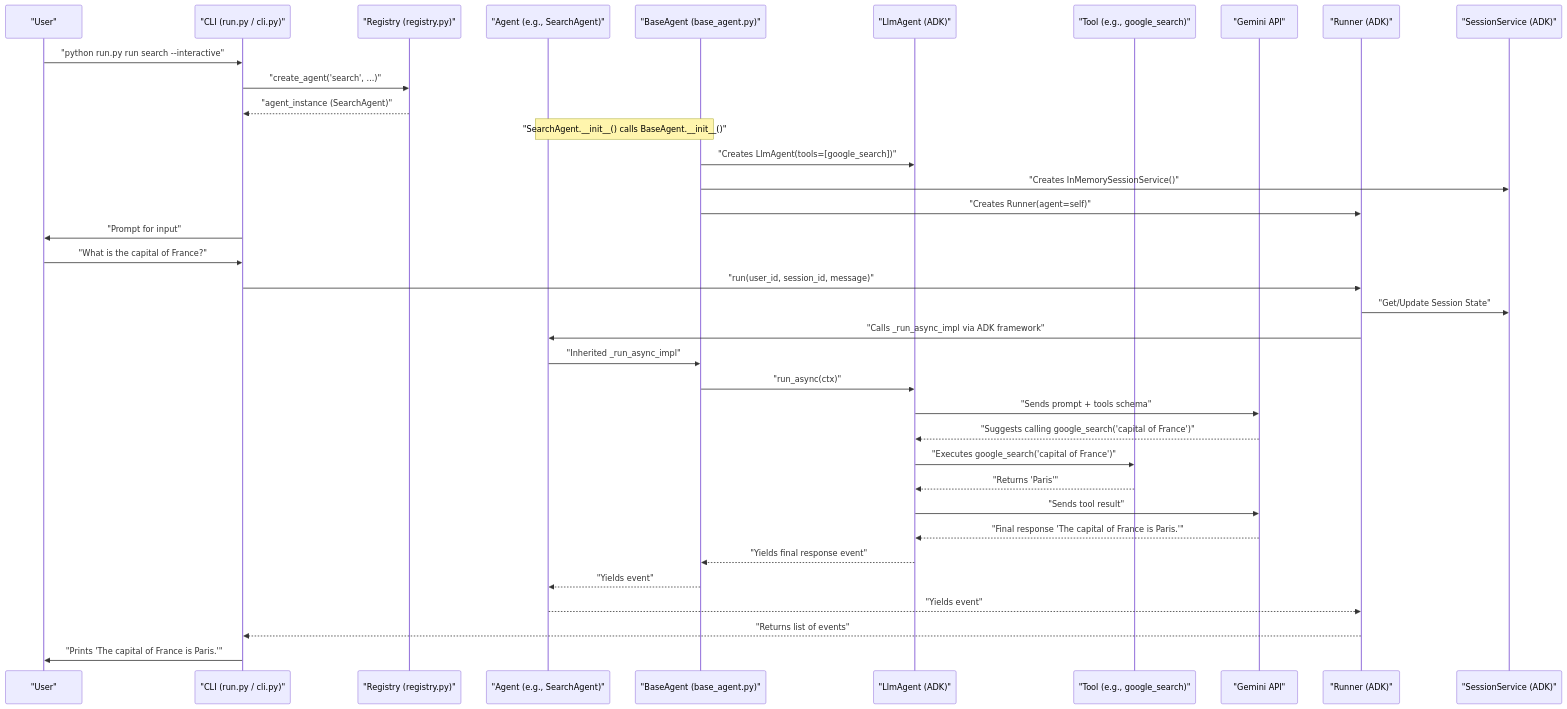
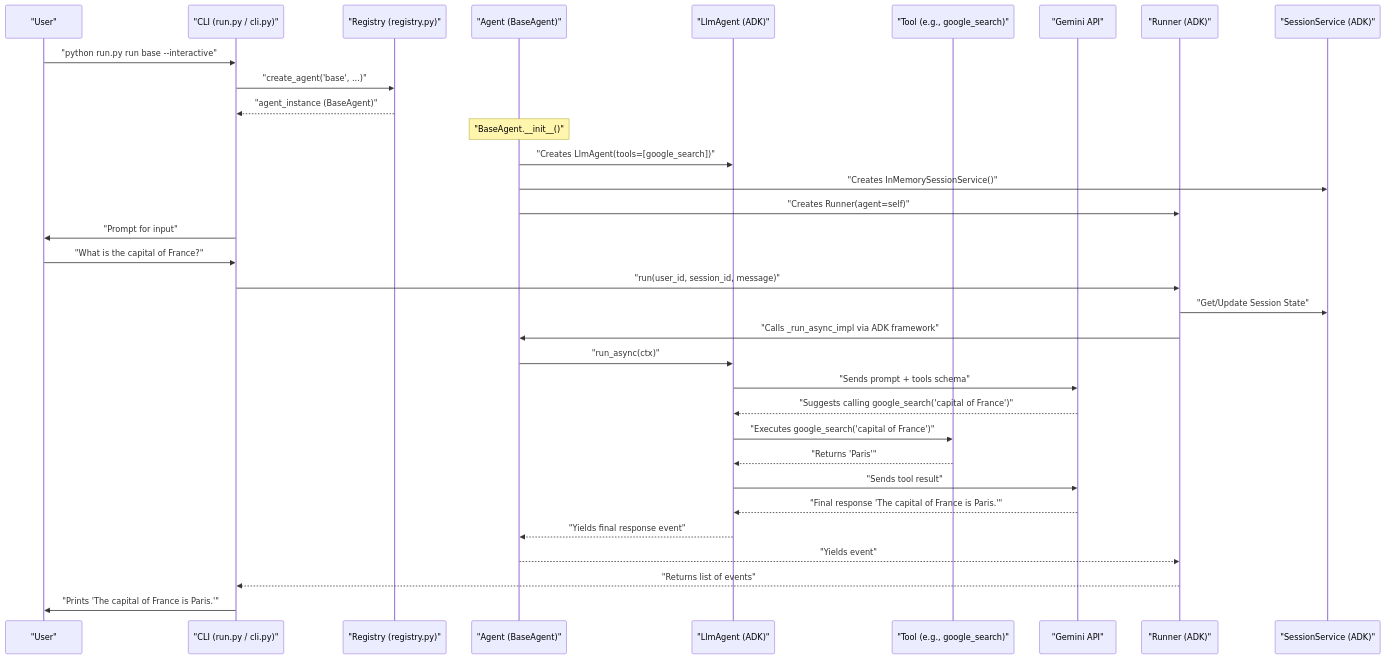
One commit to Slava12233/MonteCarloRisk changed the third of 3 diagrams in docs/project_visualization.md. Above: the diagram before and after it, drawn with Mermaid. The commit also changed other lines of this file and 45 other files, not shown here.

````diff
--- a/docs/project_visualization.md
+++ b/docs/project_visualization.md
@@ -360,39 +367,36 @@
 ```mermaid
 sequenceDiagram
     participant User as "User"
     participant CLI as "CLI (run.py / cli.py)"
     participant Registry as "Registry (registry.py)"
-    participant Agent as "Agent (e.g., SearchAgent)"
-    participant BaseAgent as "BaseAgent (base_agent.py)"
+    participant Agent as "Agent (BaseAgent)"
     participant LlmAgent as "LlmAgent (ADK)"
     participant Tool as "Tool (e.g., google_search)"
     participant GeminiAPI as "Gemini API"
     participant Runner as "Runner (ADK)"
     participant SessionService as "SessionService (ADK)"
 
-    User->>CLI: "python run.py run search --interactive"
-    CLI->>Registry: "create_agent('search', ...)"
-    Registry-->>CLI: "agent_instance (SearchAgent)"
-    Note over Agent, BaseAgent: "SearchAgent.__init__() calls BaseAgent.__init__()"
-    BaseAgent->>LlmAgent: "Creates LlmAgent(tools=[google_search])"
-    BaseAgent->>SessionService: "Creates InMemorySessionService()"
-    BaseAgent->>Runner: "Creates Runner(agent=self)"
+    User->>CLI: "python run.py run base --interactive"
+    CLI->>Registry: "create_agent('base', ...)"
+    Registry-->>CLI: "agent_instance (BaseAgent)"
+    Note over Agent: "BaseAgent.__init__()"
+    Agent->>LlmAgent: "Creates LlmAgent(tools=[google_search])"
+    Agent->>SessionService: "Creates InMemorySessionService()"
+    Agent->>Runner: "Creates Runner(agent=self)"
     CLI->>User: "Prompt for input"
     User->>CLI: "What is the capital of France?"
     CLI->>Runner: "run(user_id, session_id, message)"
     Runner->>SessionService: "Get/Update Session State"
     Runner->>Agent: "Calls _run_async_impl via ADK framework"
-    Agent->>BaseAgent: "Inherited _run_async_impl"
-    BaseAgent->>LlmAgent: "run_async(ctx)"
+    Agent->>LlmAgent: "run_async(ctx)"
     LlmAgent->>GeminiAPI: "Sends prompt + tools schema"
     GeminiAPI-->>LlmAgent: "Suggests calling google_search('capital of France')"
     LlmAgent->>Tool: "Executes google_search('capital of France')"
     Tool-->>LlmAgent: "Returns 'Paris'"
     LlmAgent->>GeminiAPI: "Sends tool result"
     GeminiAPI-->>LlmAgent: "Final response 'The capital of France is Paris.'"
-    LlmAgent-->>BaseAgent: "Yields final response event"
-    BaseAgent-->>Agent: "Yields event"
+    LlmAgent-->>Agent: "Yields final response event"
     Agent-->>Runner: "Yields event"
     Runner-->>CLI: "Returns list of events"
     CLI->>User: "Prints 'The capital of France is Paris.'"
 ```
````
